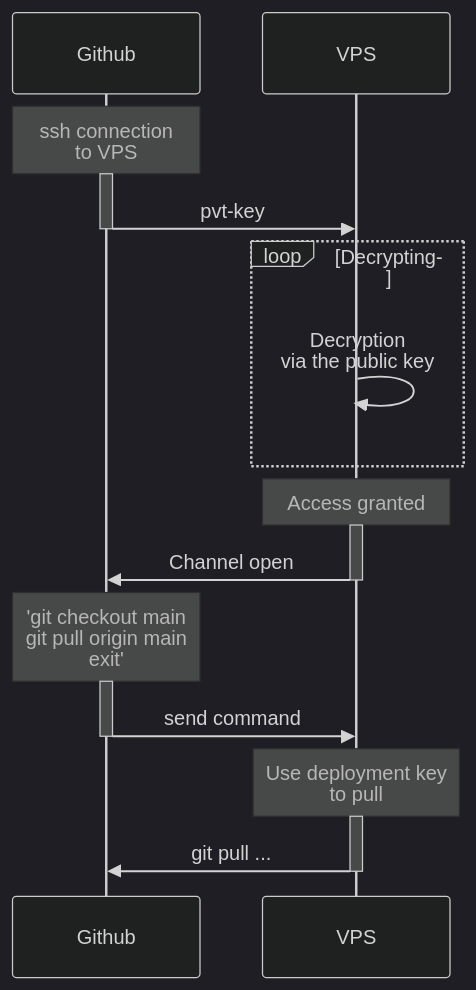
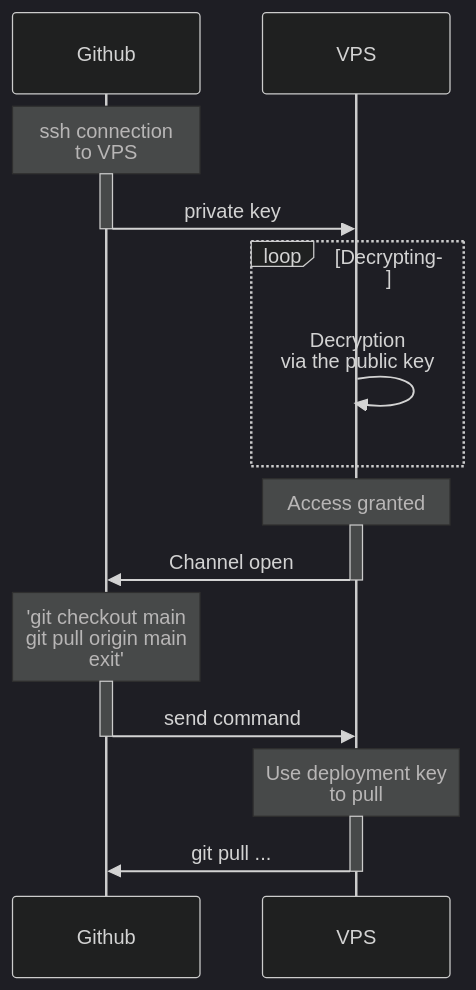
Before and after one commit to Klimorg/helloworld-stack-prod: the diagram in docs/deploy.md, drawn with Mermaid (dark theme). The commit also changed 6 other files, not shown here.

````diff
--- a/docs/deploy.md
+++ b/docs/deploy.md
@@ -19,34 +19,34 @@
 ```mermaid
 sequenceDiagram
     participant Github
     participant VPS
 
     Note over Github: ssh connection <br/> to VPS
 
     activate Github
-    Github->>VPS: pvt-key
+    Github->>VPS: private key
     deactivate Github
 
     loop Decrypting
         VPS->>VPS: Decryption <br/> via the public key
     end
 
     Note over VPS: Access granted
 
     activate VPS
     VPS->>Github: Channel open
     deactivate VPS
 
     Note over Github: 'git checkout main <br/> git pull origin main <br/> exit'
 
     activate Github
     Github->>VPS: send command
     deactivate Github
 
 
     Note over VPS: Use deployment key <br/> to pull
 
     activate VPS
     VPS->>Github: git pull ...
     deactivate VPS
 ```
````
